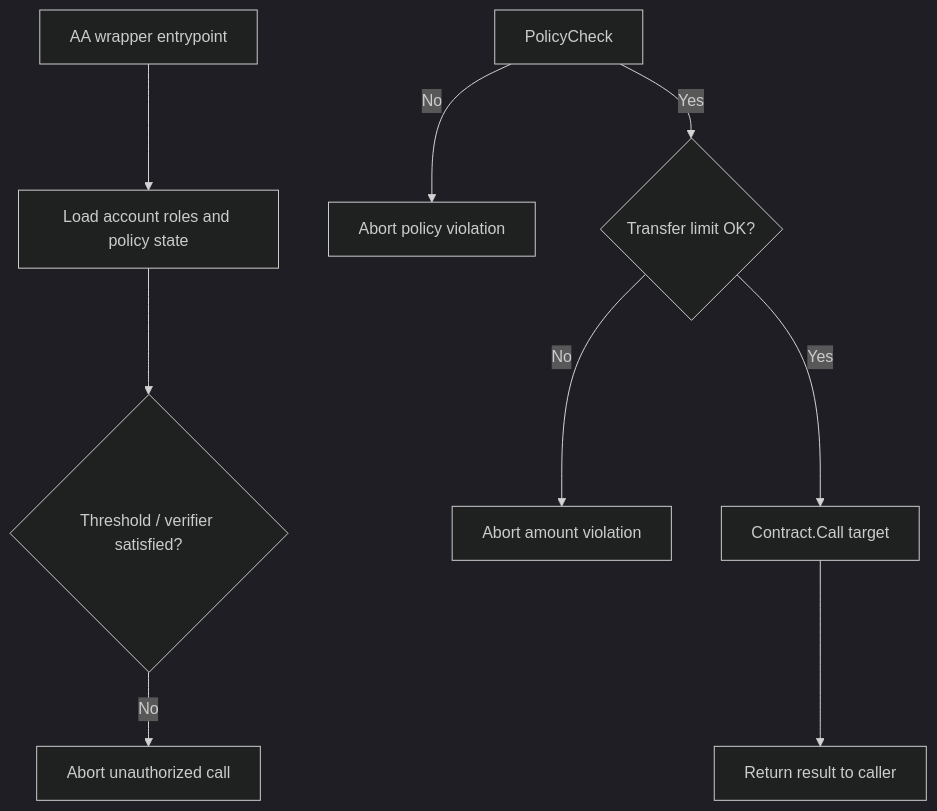
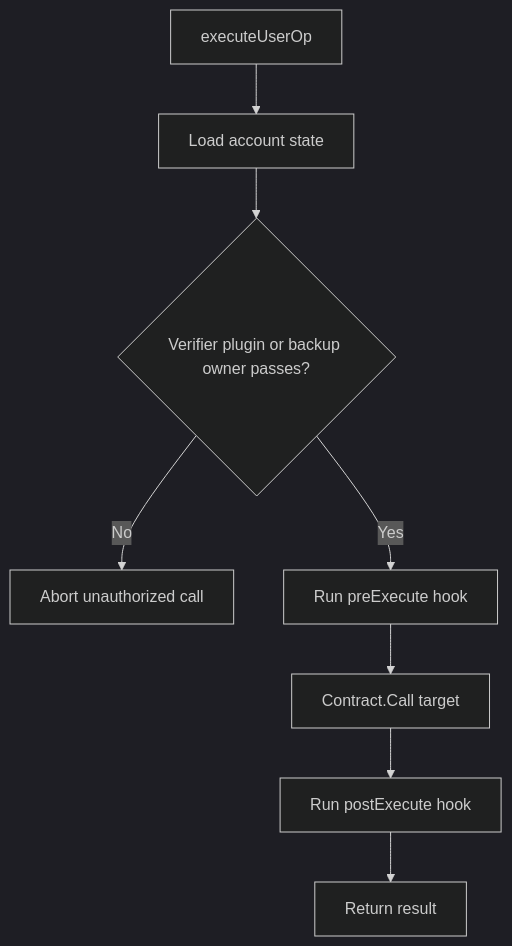
The third of 3 diagrams in frontend/src/assets/docs/architecture.md (r3e-network/neo-abstract-account), drawn with Mermaid (dark theme) before and after one commit. The commit also changed other lines of this file and 52 other files, not shown here.

````diff
--- a/frontend/src/assets/docs/architecture.md
+++ b/frontend/src/assets/docs/architecture.md
@@ -46,11 +68,10 @@
 ```mermaid
 flowchart TD
-  Entry[AA wrapper entrypoint] --> Load[Load account roles and policy state]
-  Load --> RoleCheck{Threshold / verifier satisfied?}
-  RoleCheck -- No --> RejectA[Abort unauthorized call]
-  PolicyCheck -- No --> RejectC[Abort policy violation]
-  PolicyCheck -- Yes --> LimitCheck{Transfer limit OK?}
-  LimitCheck -- No --> RejectD[Abort amount violation]
-  LimitCheck -- Yes --> CallTarget[Contract.Call target]
-  CallTarget --> Return[Return result to caller]
+  Entry[executeUserOp] --> Load[Load account state]
+  Load --> Auth{Verifier plugin or backup owner passes?}
+  Auth -- No --> Reject[Abort unauthorized call]
+  Auth -- Yes --> Pre[Run preExecute hook]
+  Pre --> Call[Contract.Call target]
+  Call --> Post[Run postExecute hook]
+  Post --> Return[Return result]
 ```
````
